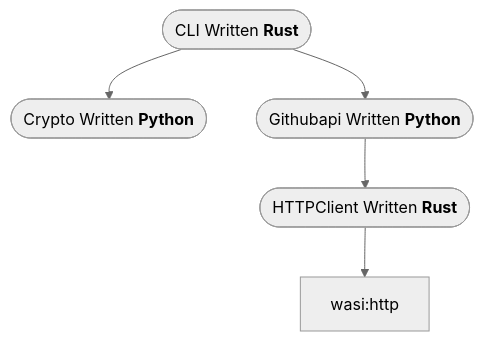
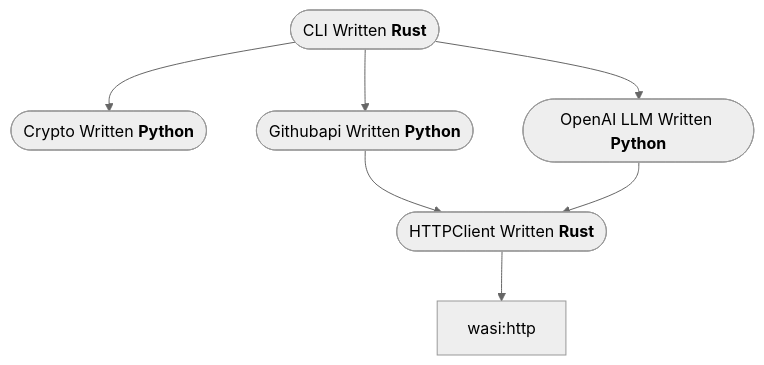
Before and after one commit to dipankardas011/wae: the diagram in README.md, drawn with Mermaid (neutral theme). The commit also changed 1 other file, not shown here.

Commit message:
updated the goals and the readme

````diff
--- a/README.md
+++ b/README.md
@@ -14,7 +14,9 @@
 ```mermaid
 graph TD;
     cli(["`CLI Written **Rust**`"])-->crypto(["`Crypto Written **Python**`"]);
     cli-->githubapi(["`Githubapi Written **Python**`"]);
+    cli-->openai(["`OpenAI LLM Written **Python**`"]);
     githubapi-->httpclient(["`HTTPClient Written **Rust**`"]);
+    openai-->httpclient;
     httpclient-->wasi:http;
 ```
````
